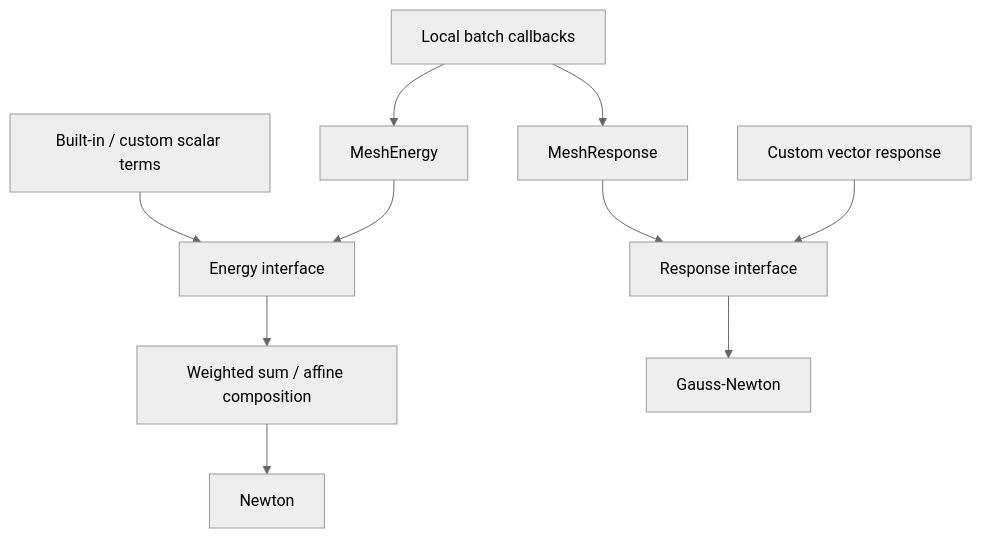
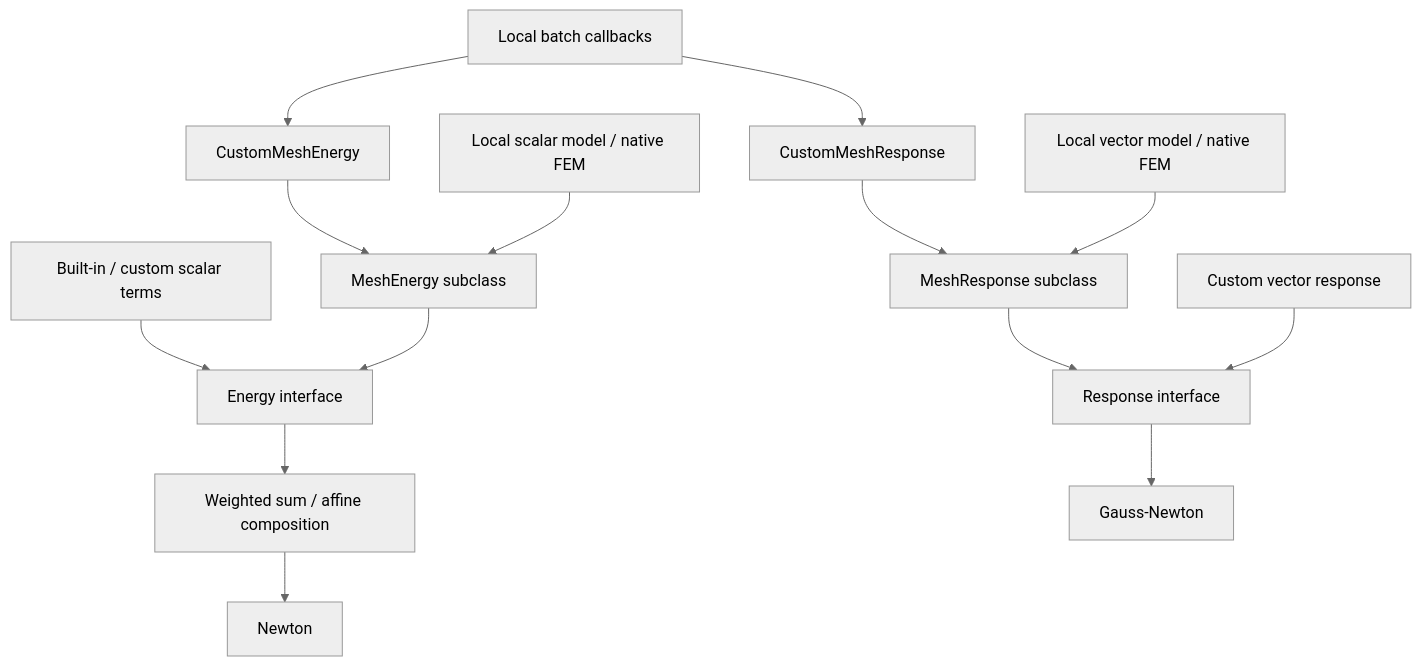
The diagram in docs/guide/energy/index.md (annajcy/litepgo), drawn with Mermaid (neutral theme) before and after one commit. The commit also changed other lines of this file and 35 other files, not shown here.

Commit message:
Add response products and subclass-based mesh assembly APIs

````diff
--- a/docs/guide/energy/index.md
+++ b/docs/guide/energy/index.md
@@ -15,14 +15,18 @@
 ```mermaid
 flowchart TB
   accTitle: Energy and response construction paths
-  accDescr: Built-in or custom scalar terms and MeshEnergy expose Energy. Local vector batches and custom response subclasses expose Response. Scalar composites feed Newton while residual responses feed Gauss-Newton.
+  accDescr: MeshEnergy and MeshResponse subclasses assemble local terms; CustomMeshEnergy and CustomMeshResponse adapt callbacks to those bases. Scalar composites feed Newton while residual responses feed Gauss-Newton.
   scalar["Built-in / custom scalar terms"] --> energy["Energy interface"]
-  batches["Local batch callbacks"] --> meshEnergy["MeshEnergy"]
-  meshEnergy --> energy
-  batches --> meshResponse["MeshResponse"]
-  meshResponse --> response["Response interface"]
+  batches["Local batch callbacks"] --> meshEnergy["CustomMeshEnergy"]
+  meshEnergy --> meshEnergyBase["MeshEnergy subclass"]
+  localEnergy["Local scalar model / native FEM"] --> meshEnergyBase
+  meshEnergyBase --> energy
+  batches --> meshResponse["CustomMeshResponse"]
+  meshResponse --> meshResponseBase["MeshResponse subclass"]
+  localResponse["Local vector model / native FEM"] --> meshResponseBase
+  meshResponseBase --> response["Response interface"]
   customResponse["Custom vector response"] --> response
   energy --> composed["Weighted sum / affine composition"]
   composed --> newton["Newton"]
   response --> fit["Gauss-Newton"]
 ```
````
